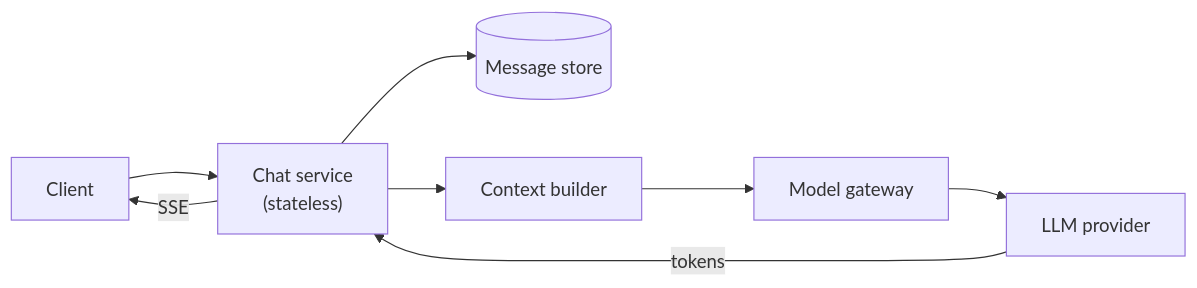
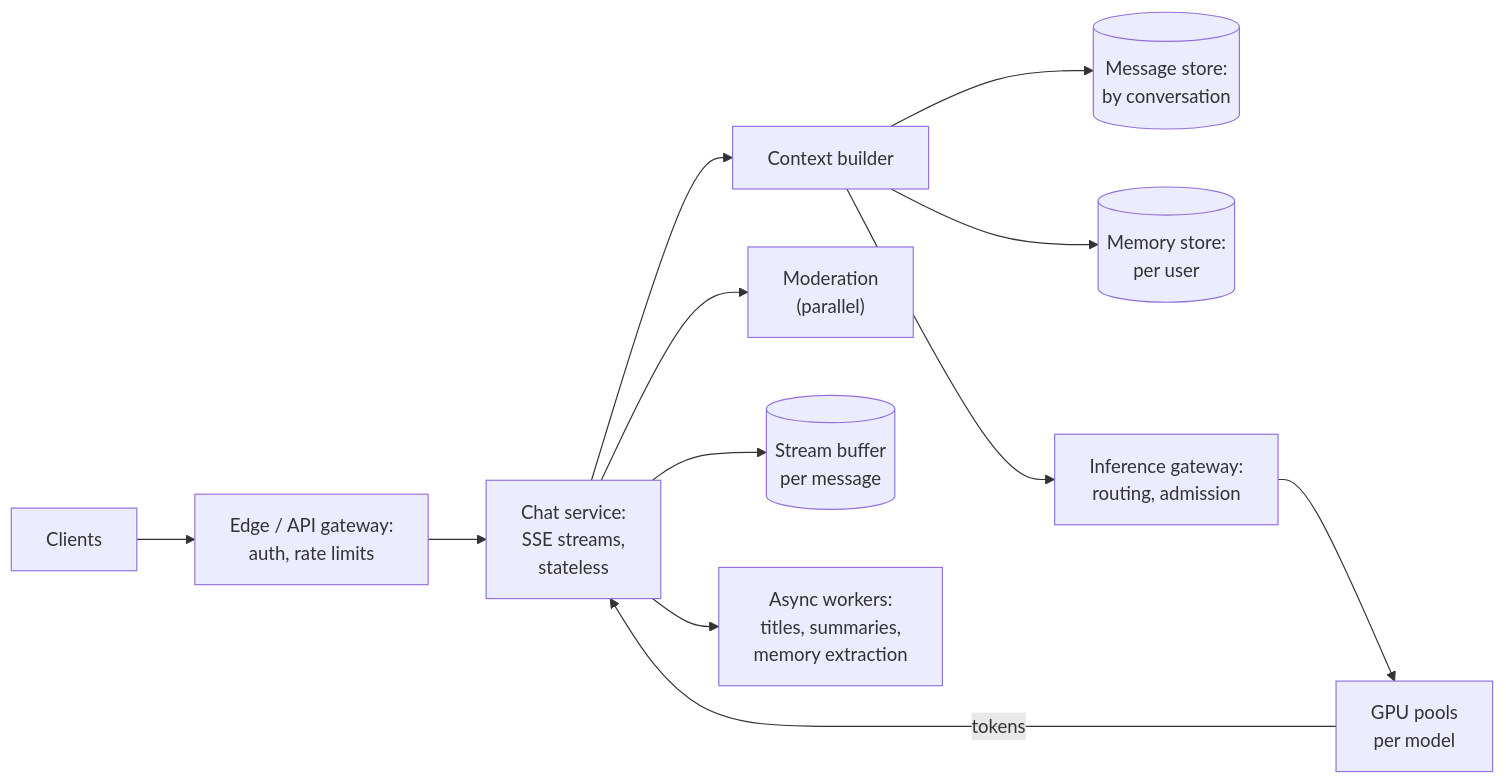
The first of 3 diagrams in src/Data/aiStackDocs/DP-03.md (shubamchaudhary/CodeNITW), drawn with Mermaid before and after one commit. The commit also changed other lines of this file and 52 other files, not shown here.

````diff
--- a/src/Data/aiStackDocs/DP-03.md
+++ b/src/Data/aiStackDocs/DP-03.md
@@ -61,10 +47,14 @@
 ```mermaid
 flowchart LR
-    C["Client"] --> CS["Chat service<br/>(stateless)"]
-    CS --> DB[("Message store")]
-    CS --> CB["Context builder"]
-    CB --> MG["Model gateway"]
-    MG --> P["LLM provider"]
-    P -->|"tokens"| CS
-    CS -->|"SSE"| C
+    CL["Clients"] --> EG["Edge / API gateway:<br/>auth, rate limits"]
+    EG --> CH["Chat service:<br/>SSE streams,<br/>stateless"]
+    CH --> CB["Context builder"]
+    CB --> MS[("Message store:<br/>by conversation")]
+    CB --> MM[("Memory store:<br/>per user")]
+    CH --> MOD["Moderation<br/>(parallel)"]
+    CB --> LG["Inference gateway:<br/>routing, admission"]
+    LG --> GP["GPU pools<br/>per model"]
+    GP -->|"tokens"| CH
+    CH --> EB[("Stream buffer<br/>per message")]
+    CH --> AQ["Async workers:<br/>titles, summaries,<br/>memory extraction"]
 ```
````
